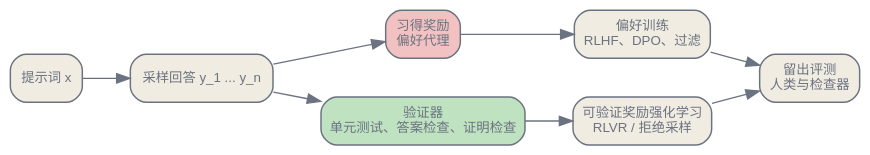
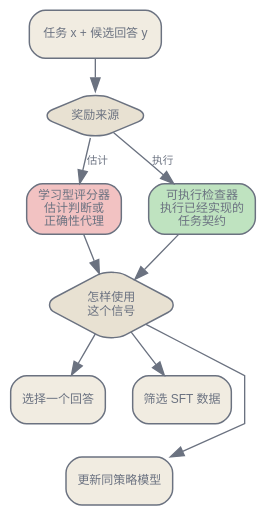
One commit to latere-ai/ai-as-an-infrastructure changed the diagram in zh/adaptation/05-verifiable-rewards-reasoning.qmd. Above: the diagram before and after it, drawn with Graphviz. The commit also changed other lines of this file and 2 other files, not shown here.

````diff
--- a/zh/adaptation/05-verifiable-rewards-reasoning.qmd
+++ b/zh/adaptation/05-verifiable-rewards-reasoning.qmd
@@ -25,27 +47,35 @@
 ```{dot}
 //| label: fig-verifiable-rewards-map
-//| fig-cap: "后训练中的两类奖励来源。习得奖励覆盖开放式行为，但只是代理信号；可验证奖励更窄，却给出直接的通过/失败监督。真实系统常把两者混用。"
+//| fig-cap: "奖励来自哪里，与奖励怎样使用，是两项独立选择。学习型评分器或可执行检查器都可以用来挑选回答、筛选训练数据或更新策略。严格来说，只有可执行检查器这条路径提供可验证奖励。"
 digraph {
   bgcolor="transparent";
-  rankdir=LR;
-  nodesep=0.4; ranksep=0.5;
-  node [shape=box, style="rounded,filled", fontname="Helvetica", fontsize=10, color="#6b7280", fontcolor="#6b7280", fillcolor="#f1ece1", penwidth=1.1];
-  edge [fontsize=10, fontname="Helvetica", color="#6b7280", fontcolor="#6b7280"];
+  rankdir=TB;
+  size="3.1,12"; ratio=compress;
+  nodesep=0.28; ranksep=0.34;
+  splines=polyline;
+  node [shape=box, style="rounded,filled", fontname="Helvetica", fontsize=9,
+        color="#6b7280", fontcolor="#6b7280", fillcolor="#f1ece1", penwidth=1.1];
+  edge [fontsize=8, fontname="Helvetica", color="#6b7280", fontcolor="#6b7280"];
 
-  prompt [label="提示词 x"];
-  sample [label="采样回答 y_1 ... y_n"];
-  learned [label="习得奖励\n偏好代理", fillcolor="#f2c2c2"];
-  verifier [label="验证器\n单元测试、答案检查、证明检查", fillcolor="#bfe3c0"];
-  pref [label="偏好训练\nRLHF、DPO、过滤"];
-  rlvr [label="可验证奖励强化学习\nRLVR / 拒绝采样"];
-  eval [label="留出评测\n人类与检查器"];
+  pair [label="任务 x + 候选回答 y"];
+  source [shape=diamond, label="奖励来源", fillcolor="#e8e1d2"];
+  learned [label="学习型评分器\n估计判断或\n正确性代理", fillcolor="#f2c2c2"];
+  checker [label="可执行检查器\n执行已经实现的\n任务契约", fillcolor="#bfe3c0"];
+  use [shape=diamond, label="怎样使用\n这个信号", fillcolor="#e8e1d2"];
+  select [label="选择一个回答"];
+  filter [label="筛选 SFT 数据"];
+  update [label="更新同策略模型"];
 
-  prompt -> sample;
-  sample -> learned;
-  sample -> verifier;
-  learned -> pref;
-  verifier -> rlvr;
-  pref -> eval;
-  rlvr -> eval;
+  pair -> source;
+  source -> learned [label="估计"];
+  source -> checker [label="执行"];
+  learned -> use;
+  checker -> use;
+  use -> select;
+  use -> filter;
+  use -> update [constraint=false];
+  { rank=same; select; filter; }
+  select -> update [style=invis, weight=10];
+  filter -> update [style=invis, weight=10];
 }
 ```
````
